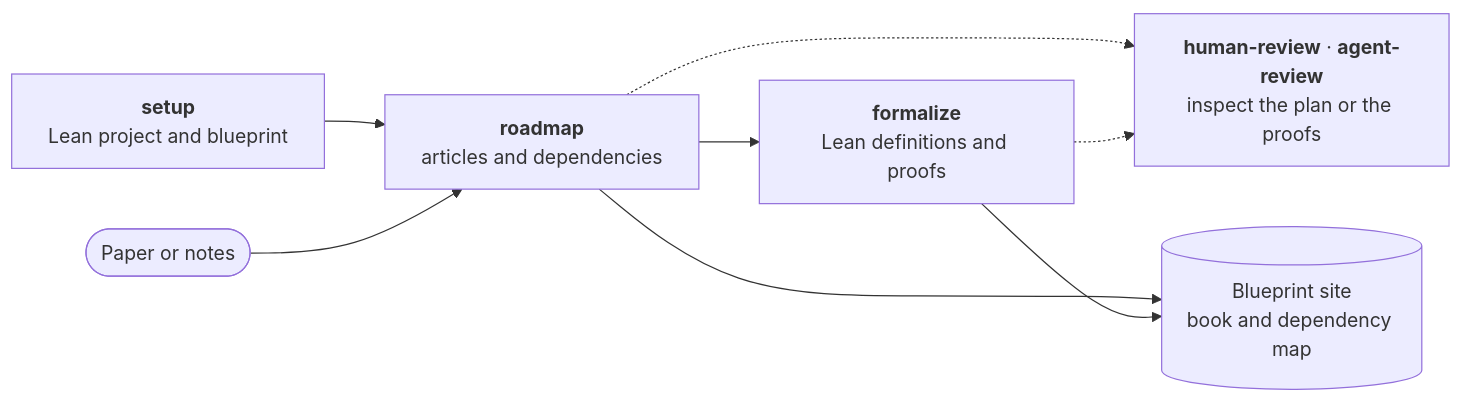
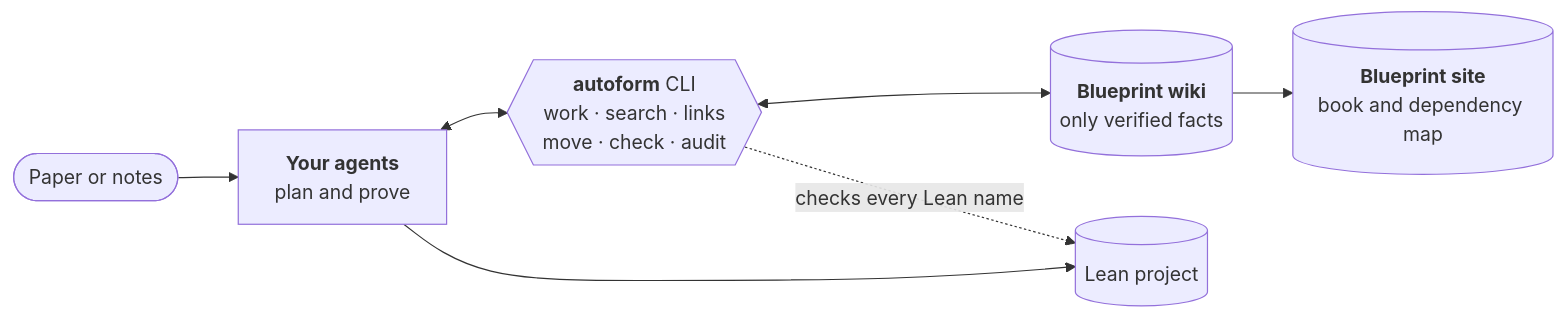
Before and after one commit to facebookresearch/autoform-bot: the diagram in README.md, drawn with Mermaid. The commit also changed other lines of this file and 1 other file, not shown here.

Commit message:
README: draw agents working through the CLI, and lead with parallel agents
The diagram gave setup and the two review skills most of its boxes, and showed
nothing of the CLI agents call or of the rule it keeps: a blueprint article
records only verified facts, and every Lean name it gives must exist. It now
draws agents working through the autoform CLI, which reads and writes the
blueprint wiki and checks each Lean name against the Lean project.

"Run several sessions" opened with a benchmark in which two sessions were no
faster than one, which read as a limit of the system. The section, now "Run
agents in parallel", opens with what one formalize session already does: one
agent per ready result, as many at once as the machine can build Lean for. The
claim-board steps for several sessions are unchanged, and claims.md's link
follows the new heading.

````diff
--- a/README.md
+++ b/README.md
@@ -18,8 +18,9 @@
 ```mermaid
 flowchart LR
-  setup["<b>setup</b><br>Lean project and blueprint"] --> roadmap["<b>roadmap</b><br>articles and dependencies"]
-  source(["Paper or notes"]) --> roadmap
-  roadmap --> formalize["<b>formalize</b><br>Lean definitions and proofs"]
-  roadmap & formalize -.-> review["<b>human-review</b> · <b>agent-review</b><br>inspect the plan or the proofs"]
-  roadmap & formalize --> site[("Blueprint site<br>book and dependency map")]
+  source(["Paper or notes"]) --> agents["<b>Your agents</b><br>plan and prove"]
+  agents <--> cli{{"<b>autoform</b> CLI<br>work · search · links<br>move · check · audit"}}
+  cli <--> wiki[("<b>Blueprint wiki</b><br>only verified facts")]
+  agents --> lean[("Lean project")]
+  cli -.->|"checks every Lean name"| lean
+  wiki --> site[("<b>Blueprint site</b><br>book and dependency map")]
 ```
````
